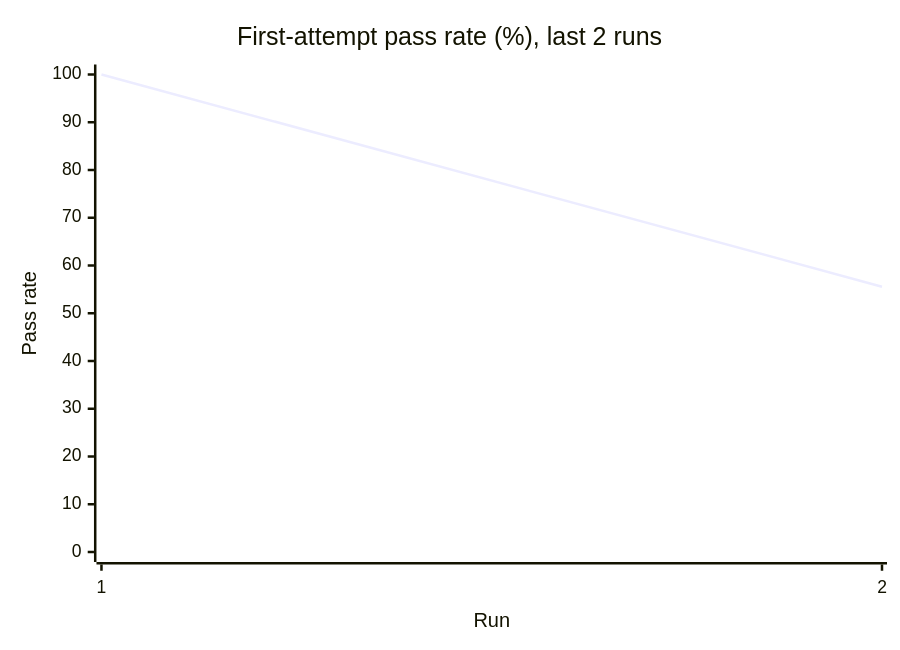
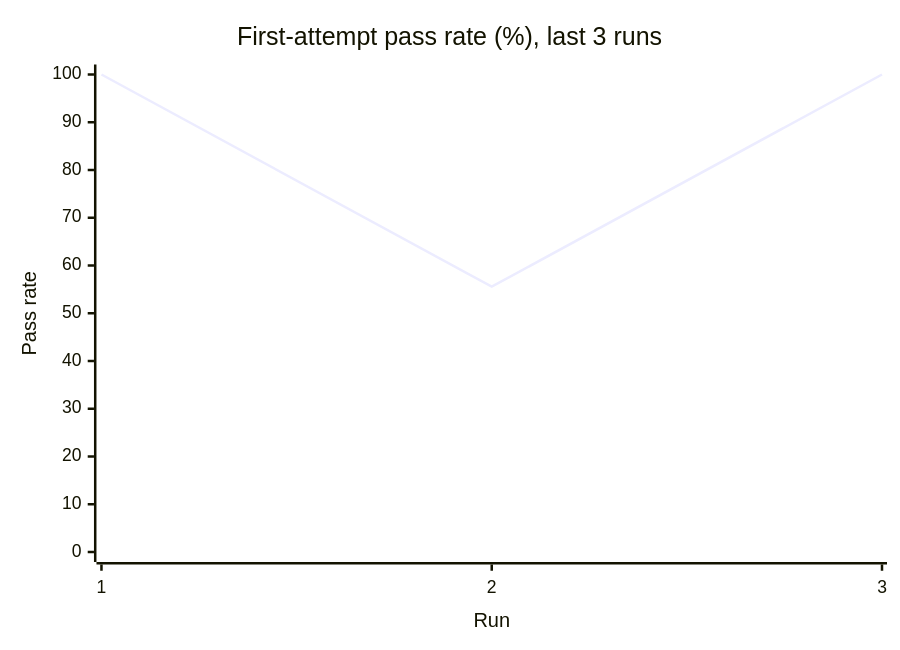
Before and after one commit to Shirojoufu/diorama-viewer: the first of 2 diagrams in reports/summary.md, drawn with Mermaid. The commit also changed other lines of this file and 4 other files, not shown here.

````diff
--- a/reports/summary.md
+++ b/reports/summary.md
@@ -33,7 +28,7 @@
 ```mermaid
 xychart-beta
-    title "First-attempt pass rate (%), last 2 runs"
-    x-axis "Run" [1, 2]
+    title "First-attempt pass rate (%), last 3 runs"
+    x-axis "Run" [1, 2, 3]
     y-axis "Pass rate" 0 --> 100
-    line [100.0, 55.56]
+    line [100.0, 55.56, 100.0]
 ```
````
